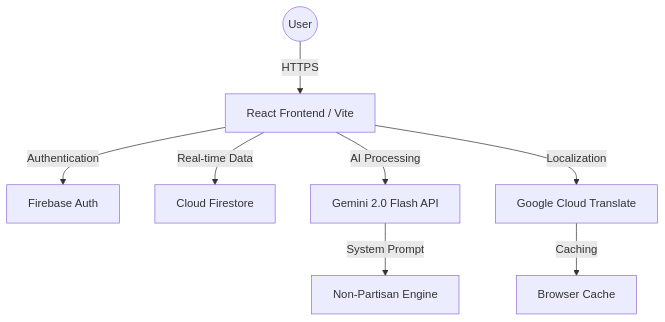
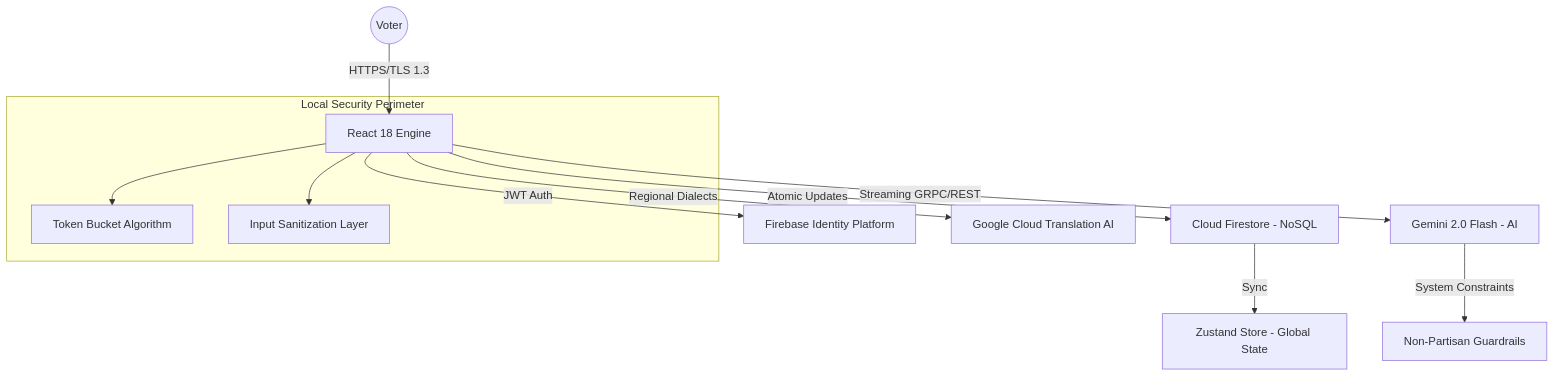
The diagram in SYSTEM_DESIGN.md (Priyansh-Bharti/CivicIQ), drawn with Mermaid before and after one commit. The commit also changed other lines of this file and 12 other files, not shown here.

````diff
--- a/SYSTEM_DESIGN.md
+++ b/SYSTEM_DESIGN.md
@@ -11,10 +11,17 @@
 ```mermaid
 graph TD
-    User((User)) -->|HTTPS| ViteApp[React Frontend / Vite]
-    ViteApp -->|Authentication| FirebaseAuth[Firebase Auth]
-    ViteApp -->|Real-time Data| Firestore[Cloud Firestore]
-    ViteApp -->|AI Processing| Gemini[Gemini 2.0 Flash API]
-    ViteApp -->|Localization| Translate[Google Cloud Translate]
-    Gemini -->|System Prompt| PromptEngine[Non-Partisan Engine]
-    Translate -->|Caching| LocalCache[Browser Cache]
+    User((Voter)) -->|HTTPS/TLS 1.3| ViteApp[React 18 Engine]
+    
+    subgraph "Local Security Perimeter"
+        ViteApp --> RateLimiter[Token Bucket Algorithm]
+        ViteApp --> Sanitizer[Input Sanitization Layer]
+    end
+    
+    ViteApp -->|JWT Auth| FirebaseAuth[Firebase Identity Platform]
+    ViteApp -->|Atomic Updates| Firestore[Cloud Firestore - NoSQL]
+    ViteApp -->|Streaming GRPC/REST| Gemini[Gemini 2.0 Flash - AI]
+    ViteApp -->|Regional Dialects| Translate[Google Cloud Translation AI]
+    
+    Firestore -->|Sync| Zustand[Zustand Store - Global State]
+    Gemini -->|System Constraints| NonPartisan[Non-Partisan Guardrails]
 ```
````
